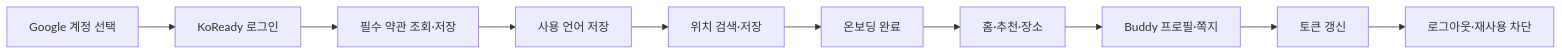
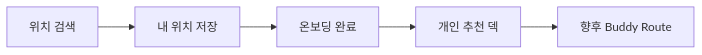
Before and after one commit to ppp1969/koready-backend: the diagram in docs/PRODUCTION_API_E2E_REPORT_2026-08-02.md, drawn with Mermaid. The commit also changed other lines of this file, not shown here.

````diff
--- a/docs/PRODUCTION_API_E2E_REPORT_2026-08-02.md
+++ b/docs/PRODUCTION_API_E2E_REPORT_2026-08-02.md
@@ -35,12 +95,7 @@
 ```mermaid
 flowchart LR
-    Google["Google 계정 선택"] --> Login["KoReady 로그인"]
-    Login --> Terms["필수 약관 조회·저장"]
-    Terms --> Language["사용 언어 저장"]
-    Language --> Location["위치 검색·저장"]
-    Location --> Onboarding["온보딩 완료"]
-    Onboarding --> Home["홈·추천·장소"]
-    Home --> Buddy["Buddy 프로필·쪽지"]
-    Buddy --> Refresh["토큰 갱신"]
-    Refresh --> Logout["로그아웃·재사용 차단"]
+    Search["위치 검색"] --> Save["내 위치 저장"]
+    Save --> Onboarding["온보딩 완료"]
+    Onboarding --> Deck["개인 추천 덱"]
+    Deck --> Route["향후 Buddy Route"]
 ```
````
